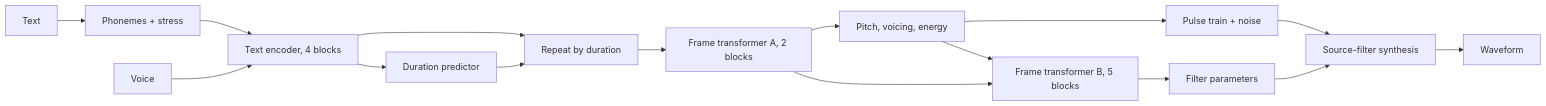
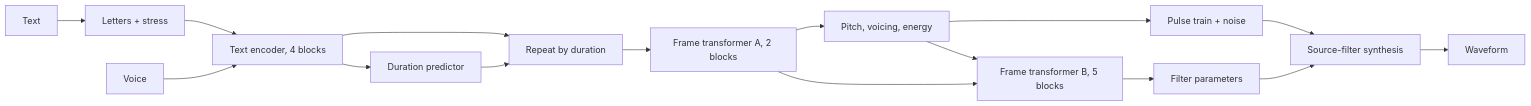
The diagram in docs/model.md (brenorb/tiny-broca), drawn with Mermaid before and after one commit. The commit also changed other lines of this file and 2 other files, not shown here.

````diff
--- a/docs/model.md
+++ b/docs/model.md
@@ -5,18 +5,18 @@
 ```mermaid
 flowchart LR
-    T[Text] --> P[Phonemes + stress]
+    T[Text] --> P[Letters + stress]
     P --> E[Text encoder, 4 blocks]
     V[Voice] --> E
     E --> D[Duration predictor]
     E --> X[Repeat by duration]
     D --> X
     X --> A[Frame transformer A, 2 blocks]
     A --> R[Pitch, voicing, energy]
     R --> B[Frame transformer B, 5 blocks]
     A --> B
     B --> H[Filter parameters]
     R --> O[Pulse train + noise]
     O --> S[Source-filter synthesis]
     H --> S
     S --> W[Waveform]
 ```
````
